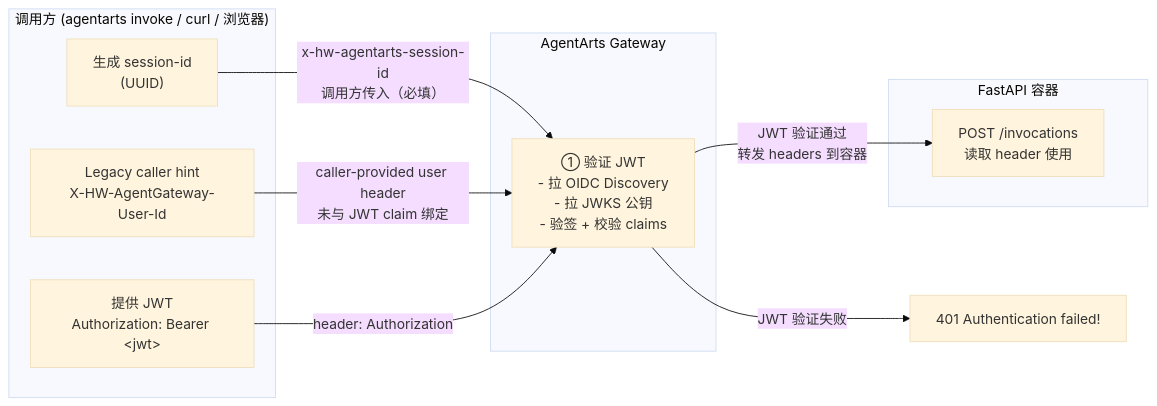
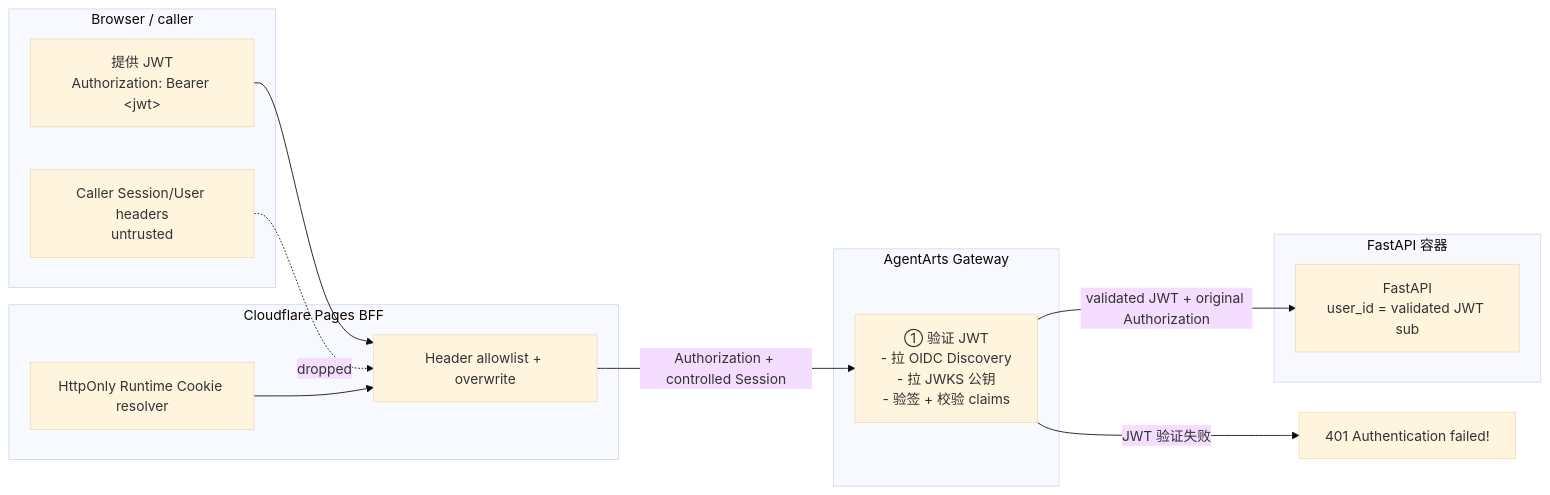
One commit to T-1009/personal-assistant changed the sixth of 7 diagrams in personal-assistant-meta/architecture/cloud-service/huaweicloud/agentarts.md. Above: the diagram before and after it, drawn with Mermaid (base theme). The commit also changed other lines of this file and 105 other files, not shown here.

First line of the commit message:
feat: implement multi-session runtime pre-warm with session cookies, conversation API, and sidebar UI

````diff
--- a/personal-assistant-meta/architecture/cloud-service/huaweicloud/agentarts.md
+++ b/personal-assistant-meta/architecture/cloud-service/huaweicloud/agentarts.md
@@ -790,22 +803,27 @@
 ```mermaid
 flowchart LR
-    subgraph CLIENT["调用方 (agentarts invoke / curl / 浏览器)"]
-        GEN_SESSION["生成 session-id<br/>(UUID)"]
+    subgraph CLIENT["Browser / caller"]
         GEN_JWT["提供 JWT<br/>Authorization: Bearer &lt;jwt&gt;"]
-        GEN_UID["Legacy caller hint<br/>X-HW-AgentGateway-User-Id"]
+        SPOOF["Caller Session/User headers<br/>untrusted"]
+    end
+
+    subgraph BFF["Cloudflare Pages BFF"]
+        COOKIE["HttpOnly Runtime Cookie resolver"]
+        FILTER["Header allowlist + overwrite"]
     end
 
     subgraph GATEWAY["AgentArts Gateway"]
         VALIDATE["① 验证 JWT<br/>- 拉 OIDC Discovery<br/>- 拉 JWKS 公钥<br/>- 验签 + 校验 claims"]
     end
 
     subgraph CONTAINER["FastAPI 容器"]
-        APP["POST /invocations<br/>读取 header 使用"]
+        APP["FastAPI<br/>user_id = validated JWT sub"]
     end
 
-    GEN_SESSION -->|"x-hw-agentarts-session-id<br/>调用方传入（必填）"| VALIDATE
-    GEN_UID -->|"caller-provided user header<br/>未与 JWT claim 绑定"| VALIDATE
-    GEN_JWT -->|"header: Authorization"| VALIDATE
-    VALIDATE -->|"JWT 验证通过<br/>转发 headers 到容器"| APP
+    GEN_JWT --> FILTER
+    SPOOF -.->|"dropped"| FILTER
+    COOKIE --> FILTER
+    FILTER -->|"Authorization + controlled Session"| VALIDATE
+    VALIDATE -->|"validated JWT + original Authorization"| APP
     VALIDATE -->|"JWT 验证失败"| ERR401["401 Authentication failed!"]
 ```
````
